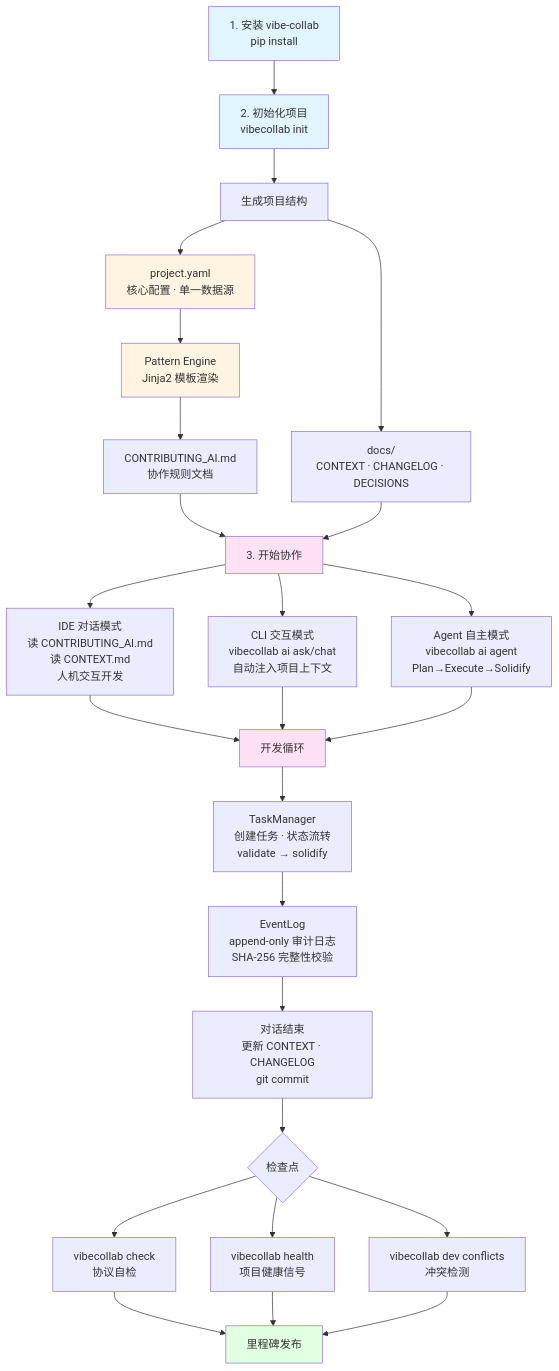
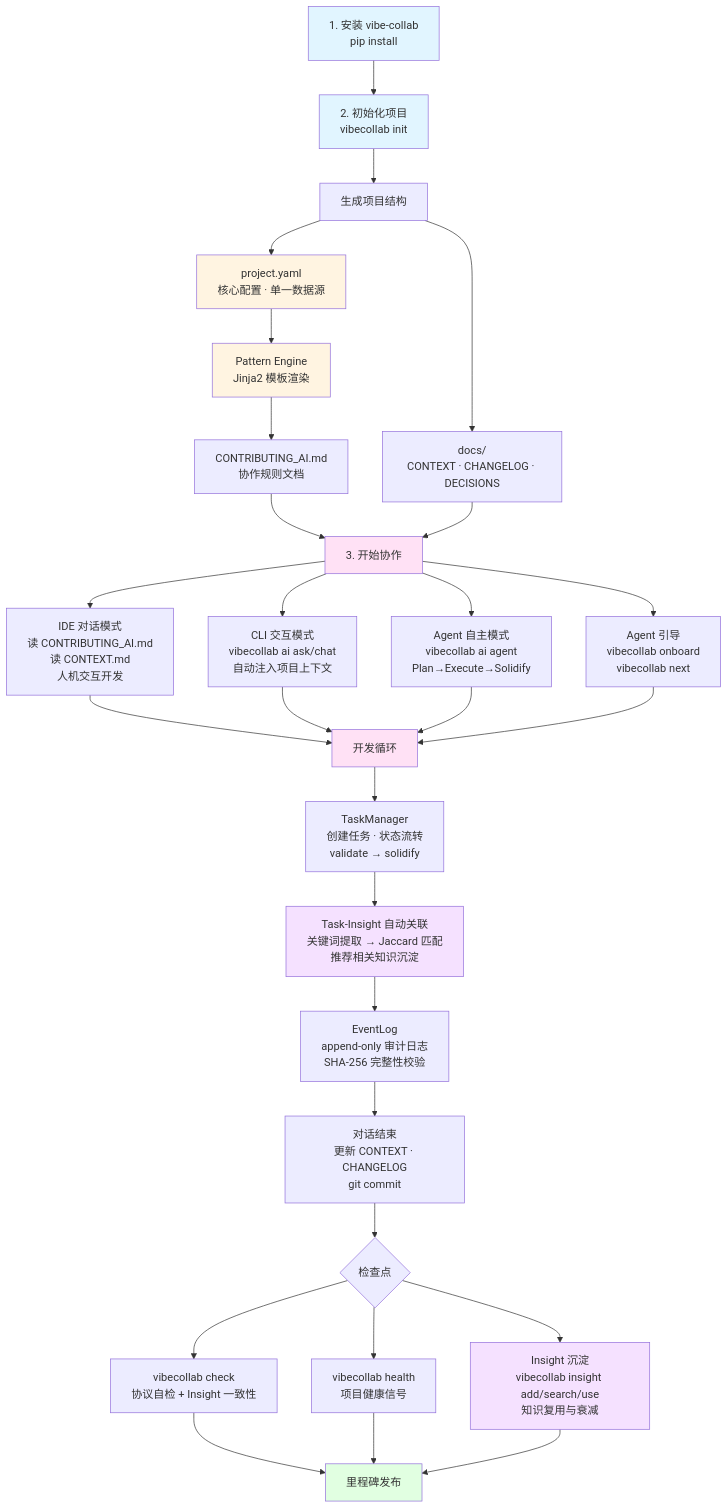
One commit to flashpoint493/VibeCollab changed the first of 2 diagrams in README.md. Above: the diagram before and after it, drawn with Mermaid. The commit also changed other lines of this file, not shown here.

````diff
--- a/README.md
+++ b/README.md
@@ -17,42 +17,47 @@
 ```mermaid
 flowchart TD
     A[1. 安装 vibe-collab<br/>pip install] --> B[2. 初始化项目<br/>vibecollab init]
     B --> C[生成项目结构]
     C --> D1[project.yaml<br/>核心配置 · 单一数据源]
     C --> D2[docs/<br/>CONTEXT · CHANGELOG · DECISIONS]
     
     D1 --> E[Pattern Engine<br/>Jinja2 模板渲染]
     E --> F[CONTRIBUTING_AI.md<br/>协作规则文档]
     
     F --> G[3. 开始协作]
     D2 --> G
     
     G --> M1[IDE 对话模式<br/>读 CONTRIBUTING_AI.md<br/>读 CONTEXT.md<br/>人机交互开发]
     G --> M2[CLI 交互模式<br/>vibecollab ai ask/chat<br/>自动注入项目上下文]
     G --> M3[Agent 自主模式<br/>vibecollab ai agent<br/>Plan→Execute→Solidify]
+    G --> M4[Agent 引导<br/>vibecollab onboard<br/>vibecollab next]
     
     M1 --> H[开发循环]
     M2 --> H
     M3 --> H
+    M4 --> H
     
     H --> H1[TaskManager<br/>创建任务 · 状态流转<br/>validate → solidify]
-    H1 --> H2[EventLog<br/>append-only 审计日志<br/>SHA-256 完整性校验]
+    H1 --> H1a[Task-Insight 自动关联<br/>关键词提取 → Jaccard 匹配<br/>推荐相关知识沉淀]
+    H1a --> H2[EventLog<br/>append-only 审计日志<br/>SHA-256 完整性校验]
     H2 --> H3[对话结束<br/>更新 CONTEXT · CHANGELOG<br/>git commit]
     
     H3 --> I{检查点}
-    I --> I1[vibecollab check<br/>协议自检]
+    I --> I1[vibecollab check<br/>协议自检 + Insight 一致性]
     I --> I2[vibecollab health<br/>项目健康信号]
-    I --> I3[vibecollab dev conflicts<br/>冲突检测]
+    I --> I3[Insight 沉淀<br/>vibecollab insight add/search/use<br/>知识复用与衰减]
     
     I1 --> J[里程碑发布]
     I2 --> J
     I3 --> J
     
     style A fill:#e1f5ff
     style B fill:#e1f5ff
     style D1 fill:#fff4e1
     style E fill:#fff4e1
     style G fill:#ffe1f5
     style H fill:#ffe1f5
+    style H1a fill:#f5e1ff
+    style I3 fill:#f5e1ff
     style J fill:#e1ffe1
 ```
````
